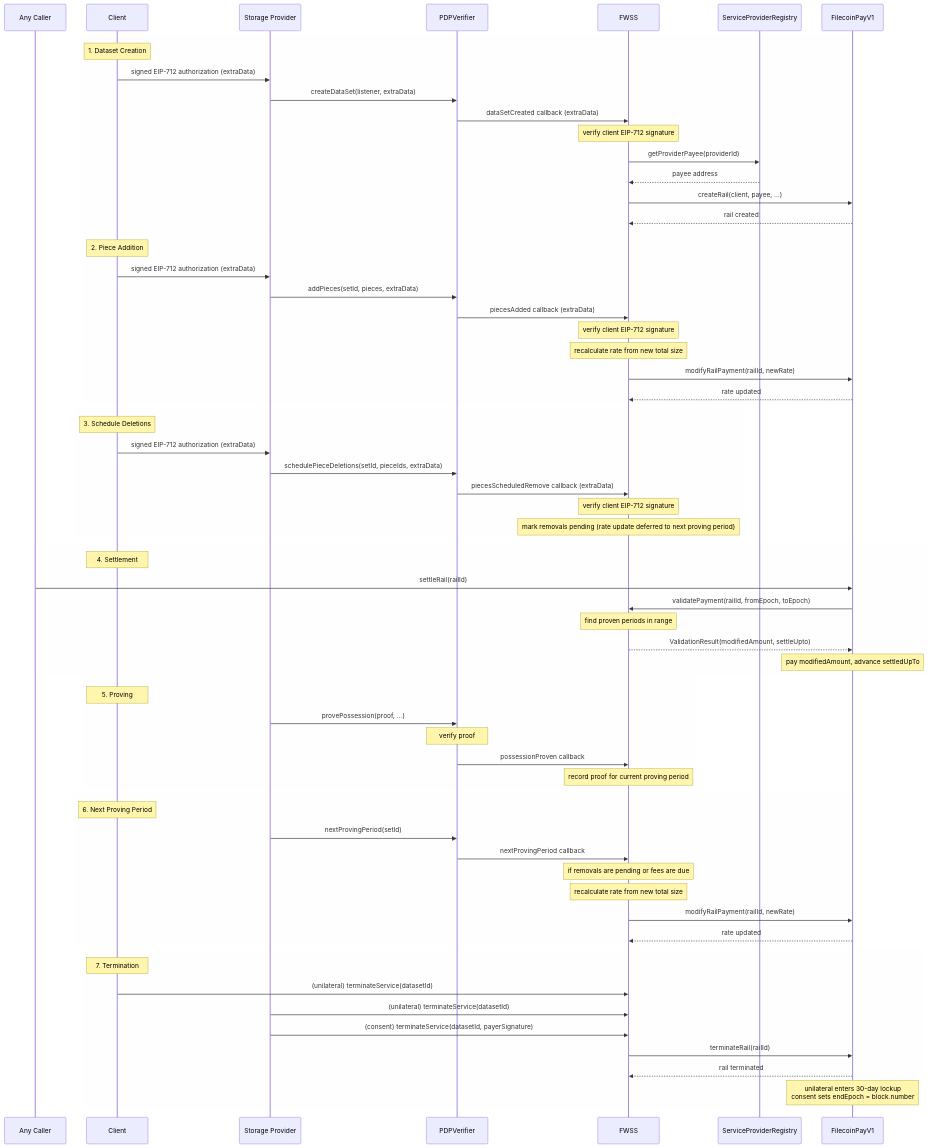
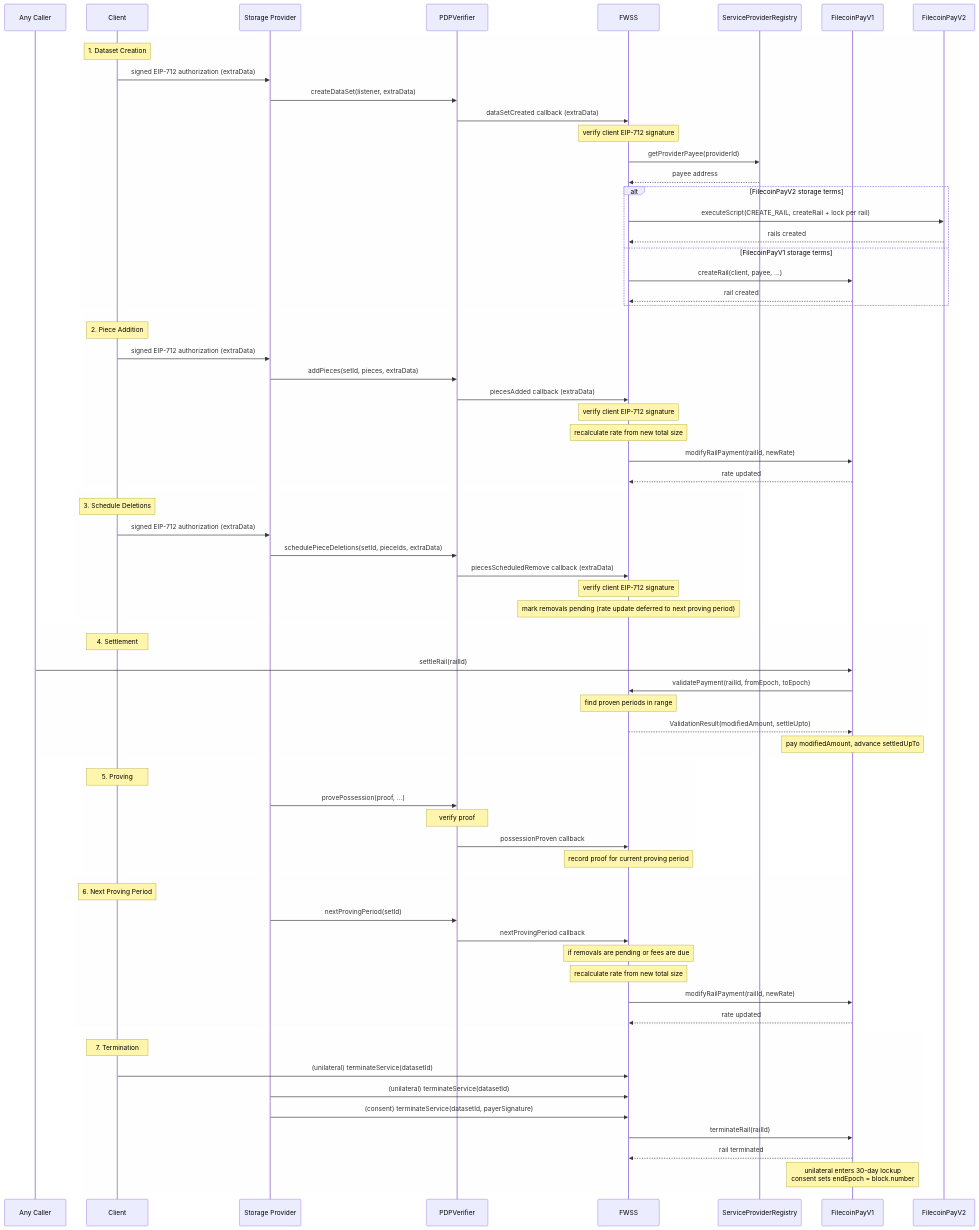
Before and after one commit to FilOzone/filecoin-services: the second of 2 diagrams in SPEC.md, drawn with Mermaid. The commit also changed other lines of this file and 17 other files, not shown here.

Commit message:
feat(fwss): create data set rails on FilecoinPayV2, picked by storage terms (#672)

```diff
--- a/SPEC.md
+++ b/SPEC.md
@@ -434,6 +454,7 @@
   participant FWSS
   participant ServiceProviderRegistry
   participant FilecoinPayV1
+  participant FilecoinPayV2
 
   rect rgba(248, 248, 248, 0.2)
     Note over Client: 1. Dataset Creation
@@ -443,8 +464,13 @@
     Note over FWSS: verify client EIP-712 signature
     FWSS->>ServiceProviderRegistry: getProviderPayee(providerId)
     ServiceProviderRegistry-->>FWSS: payee address
-    FWSS->>FilecoinPayV1: createRail(client, payee, ...)
-    FilecoinPayV1-->>FWSS: rail created
+    alt FilecoinPayV2 storage terms
+      FWSS->>FilecoinPayV2: executeScript(CREATE_RAIL, createRail + lock per rail)
+      FilecoinPayV2-->>FWSS: rails created
+    else FilecoinPayV1 storage terms
+      FWSS->>FilecoinPayV1: createRail(client, payee, ...)
+      FilecoinPayV1-->>FWSS: rail created
+    end
   end
 
   rect rgba(248, 248, 248, 0.2)
```
